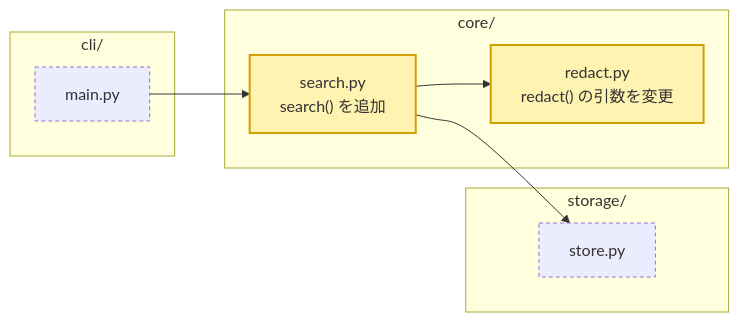
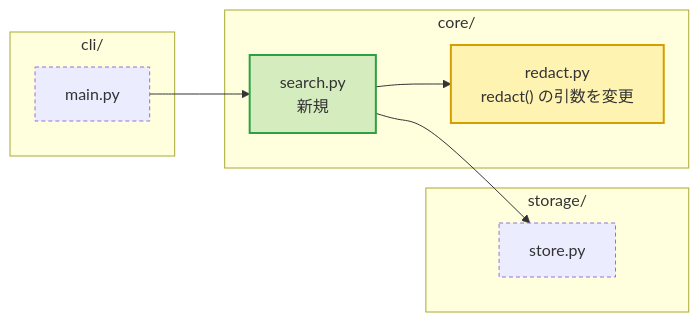
Before and after one commit to yasunori0418/skills: the first of 5 diagrams in skills/github/pr-visualize/references/mermaid.md, drawn with Mermaid. The commit also changed other lines of this file and 2 other files, not shown here.

First line of the commit message:
docs(pr-visualize): 図の単位・色分け・配置の曖昧さを解消する

````diff
--- a/skills/github/pr-visualize/references/mermaid.md
+++ b/skills/github/pr-visualize/references/mermaid.md
@@ -61,20 +64,21 @@
 ```mermaid
 flowchart LR
     classDef changed fill:#ffc40033,stroke:#d39e00,stroke-width:2px
+    classDef added fill:#2ea04333,stroke:#2ea043,stroke-width:2px
     classDef context stroke-dasharray: 4 3
 
     subgraph cli["cli/"]
         main["main.py"]:::context
     end
     subgraph core["core/"]
-        search["search.py<br/>search() を追加"]:::changed
+        search["search.py<br/>新規"]:::added
         redact["redact.py<br/>redact() の引数を変更"]:::changed
     end
     subgraph storage["storage/"]
         store["store.py"]:::context
     end
 
     main --> search
     search --> redact
     search --> store
 ```
````
